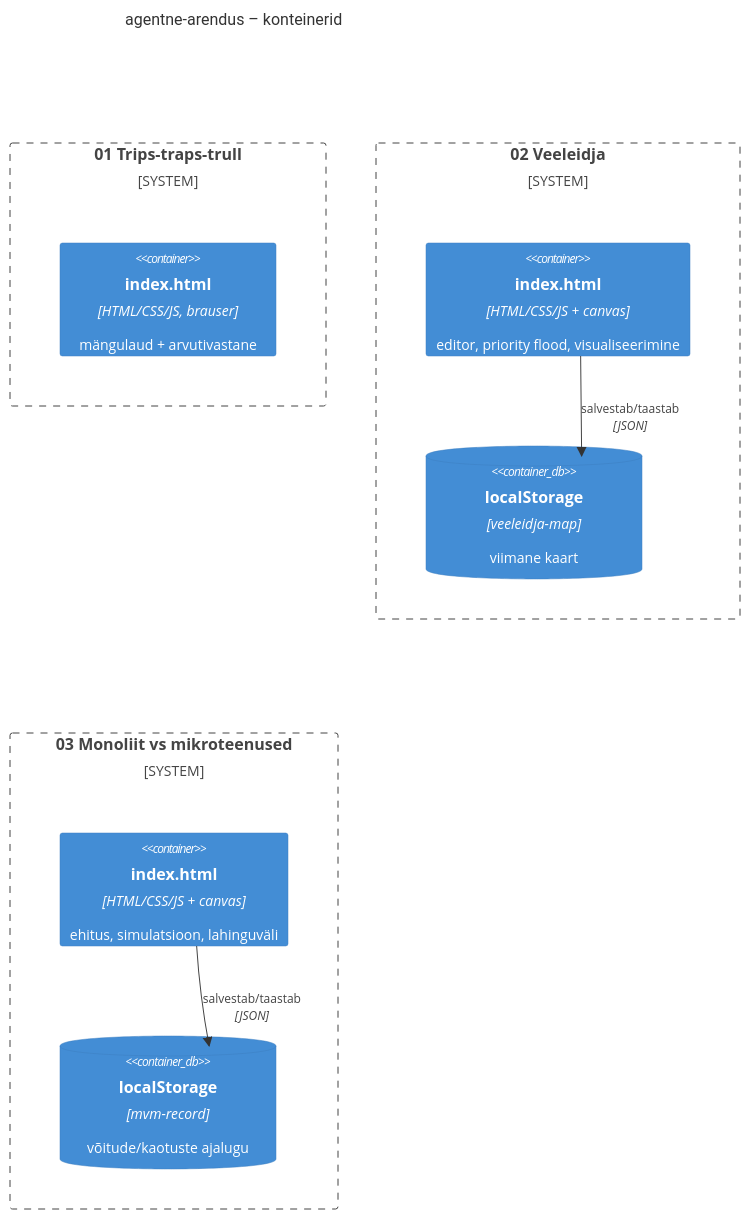
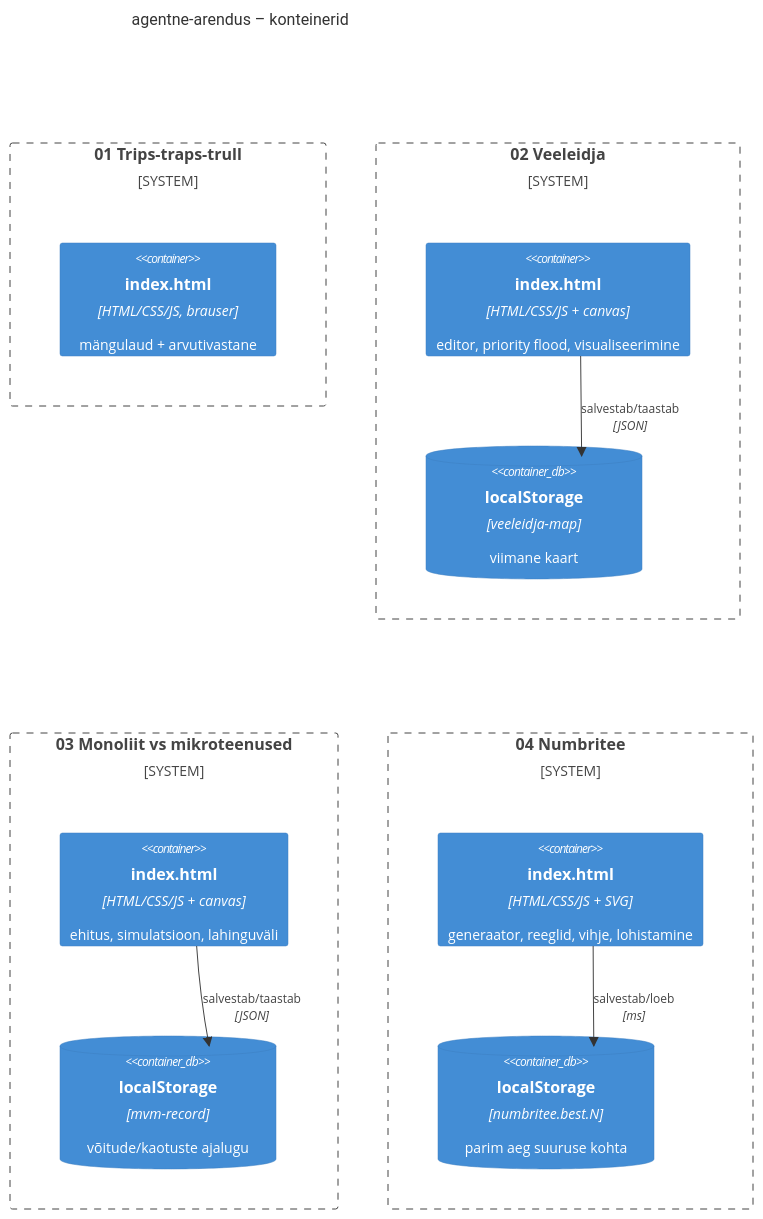
One commit to karelkan/agentne-arendus changed the diagram in docs/c4/L2-konteinerid.md. Above: the diagram before and after it, drawn with Mermaid. The commit also changed other lines of this file and 6 other files, not shown here.

````diff
--- a/docs/c4/L2-konteinerid.md
+++ b/docs/c4/L2-konteinerid.md
@@ -4,17 +4,22 @@
 ```mermaid
 C4Container
 title agentne-arendus – konteinerid
 System_Boundary(b1, "01 Trips-traps-trull") {
   Container(ttt, "index.html", "HTML/CSS/JS, brauser", "mängulaud + arvutivastane")
 }
 System_Boundary(b2, "02 Veeleidja") {
   Container(vl, "index.html", "HTML/CSS/JS + canvas", "editor, priority flood, visualiseerimine")
   ContainerDb(vldb, "localStorage", "veeleidja-map", "viimane kaart")
 }
 System_Boundary(b3, "03 Monoliit vs mikroteenused") {
   Container(mvm, "index.html", "HTML/CSS/JS + canvas", "ehitus, simulatsioon, lahinguväli")
   ContainerDb(mvmdb, "localStorage", "mvm-record", "võitude/kaotuste ajalugu")
 }
+System_Boundary(b4, "04 Numbritee") {
+  Container(nt, "index.html", "HTML/CSS/JS + SVG", "generaator, reeglid, vihje, lohistamine")
+  ContainerDb(ntdb, "localStorage", "numbritee.best.N", "parim aeg suuruse kohta")
+}
 Rel(vl, vldb, "salvestab/taastab", "JSON")
 Rel(mvm, mvmdb, "salvestab/taastab", "JSON")
+Rel(nt, ntdb, "salvestab/loeb", "ms")
 ```
````
